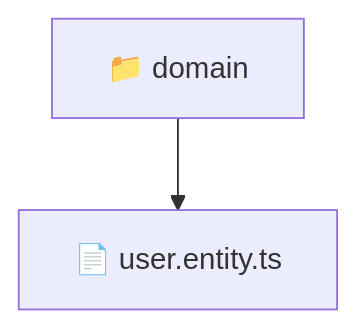
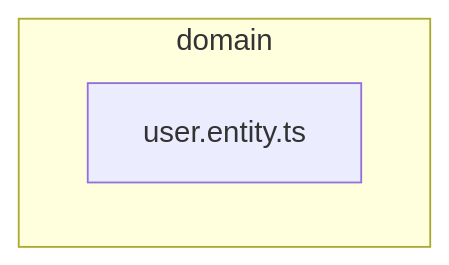
Before and after one commit to beginwebdev2002/fullstack-mavluda: the diagram in backend/src/modules/user/domain/README.md, drawn with Mermaid. The commit also changed other lines of this file and 163 other files, not shown here.

````diff
--- a/backend/src/modules/user/domain/README.md
+++ b/backend/src/modules/user/domain/README.md
@@ -9,5 +15,6 @@
 ```mermaid
 graph TD
-  Root["📁 domain"]
-  Root --> user_entity_ts["📄 user.entity.ts"]
+  subgraph domain
+    user_entity_ts["user.entity.ts"]
+  end
 ```
````
